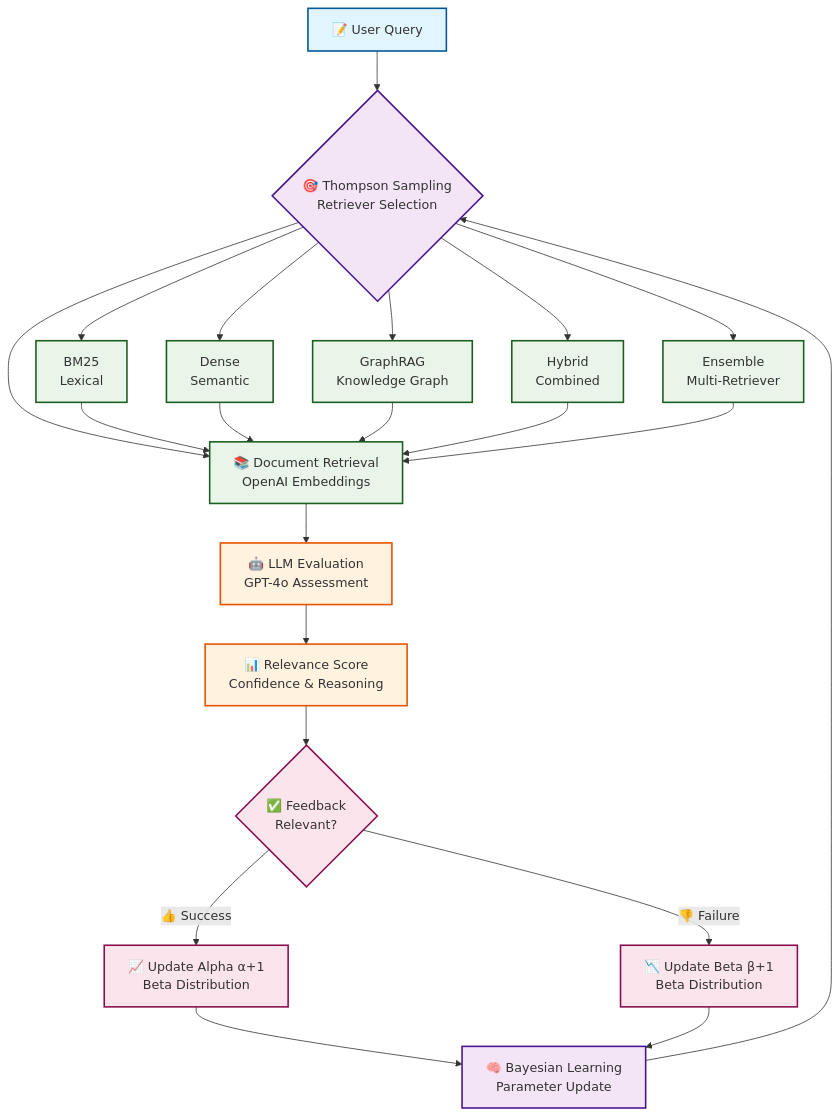
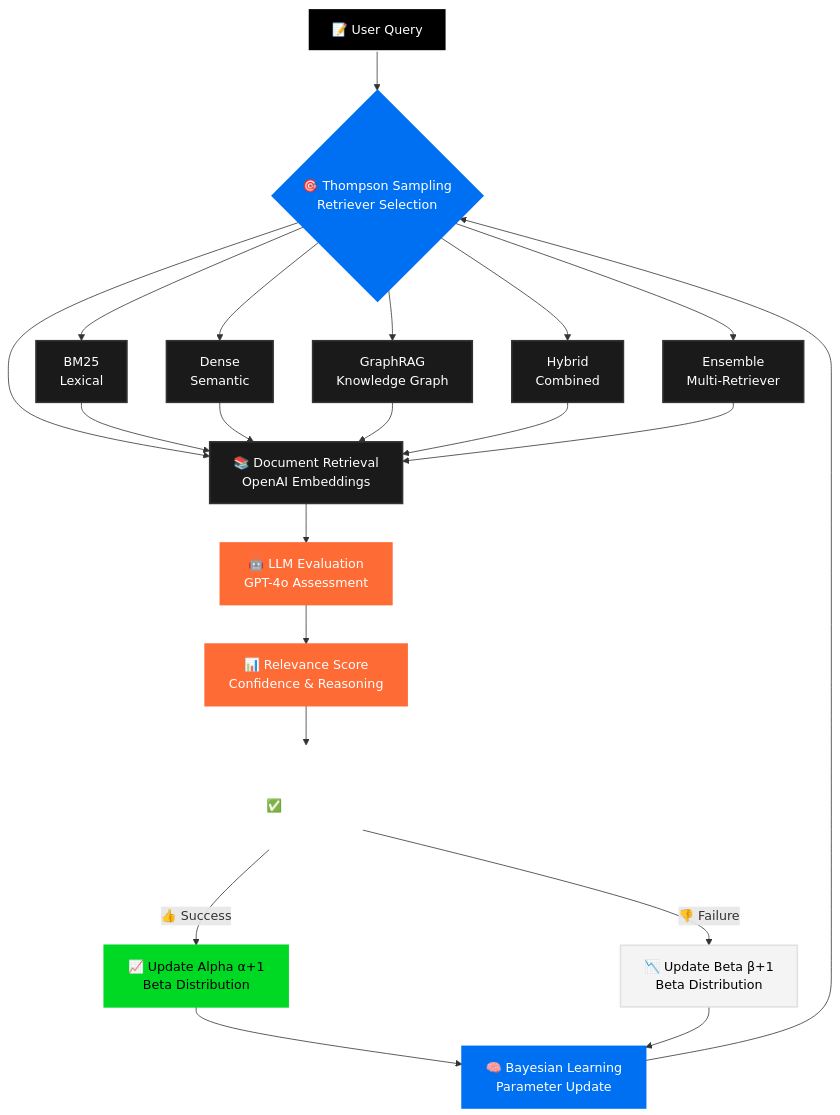
One commit to tylergibbs1/thompsonsamplingrag changed the first of 2 diagrams in README.md. Above: the diagram before and after it, drawn with Mermaid. The commit also changed other lines of this file, not shown here.

Commit message:
Revamp styling in README.md with modern class definitions and apply new styles to flowcharts for improved visual clarity.

````diff
--- a/README.md
+++ b/README.md
@@ -182,40 +182,44 @@
 ```mermaid
 graph TD
     A[📝 User Query] --> B{🎯 Thompson Sampling<br/>Retriever Selection}
     B --> C[📚 Document Retrieval<br/>OpenAI Embeddings]
     C --> D[🤖 LLM Evaluation<br/>GPT-4o Assessment]
     D --> E[📊 Relevance Score<br/>Confidence & Reasoning]
     E --> F{✅ Feedback<br/>Relevant?}
     F -->|👍 Success| G[📈 Update Alpha α+1<br/>Beta Distribution]
     F -->|👎 Failure| H[📉 Update Beta β+1<br/>Beta Distribution]
     G --> I[🧠 Bayesian Learning<br/>Parameter Update]
     H --> I
     I --> B
     
     %% Retriever types
     B --> J[BM25<br/>Lexical]
     B --> K[Dense<br/>Semantic]
     B --> L[GraphRAG<br/>Knowledge Graph]
     B --> M[Hybrid<br/>Combined]
     B --> N[Ensemble<br/>Multi-Retriever]
     
     J --> C
     K --> C
     L --> C
     M --> C
     N --> C
     
-    %% Styling
-    classDef queryStyle fill:#e1f5fe,stroke:#01579b,stroke-width:2px
-    classDef samplingStyle fill:#f3e5f5,stroke:#4a148c,stroke-width:2px
-    classDef retrievalStyle fill:#e8f5e8,stroke:#1b5e20,stroke-width:2px
-    classDef llmStyle fill:#fff3e0,stroke:#e65100,stroke-width:2px
-    classDef feedbackStyle fill:#fce4ec,stroke:#880e4f,stroke-width:2px
-    classDef learningStyle fill:#e0f2f1,stroke:#004d40,stroke-width:2px
+    %% Modern Styling
+    classDef primary fill:#000,stroke:#fff,stroke-width:2px,color:#fff
+    classDef secondary fill:#1a1a1a,stroke:#333,stroke-width:2px,color:#fff
+    classDef accent fill:#0070f3,stroke:#0070f3,stroke-width:2px,color:#fff
+    classDef success fill:#00d924,stroke:#00d924,stroke-width:2px,color:#000
+    classDef warning fill:#ff6b35,stroke:#ff6b35,stroke-width:2px,color:#fff
+    classDef neutral fill:#f4f4f4,stroke:#e1e1e1,stroke-width:2px,color:#000
+    classDef glass fill:#ffffff20,stroke:#ffffff40,stroke-width:1px,color:#fff,stroke-dasharray: 5 5
     
-    class A queryStyle
-    class B,I samplingStyle
-    class C,J,K,L,M,N retrievalStyle
-    class D,E llmStyle
-    class F,G,H feedbackStyle
+    %% Apply styles
+    class A primary
+    class B,I accent
+    class C,J,K,L,M,N secondary
+    class D,E warning
+    class F glass
+    class G success
+    class H neutral
 ```
````
